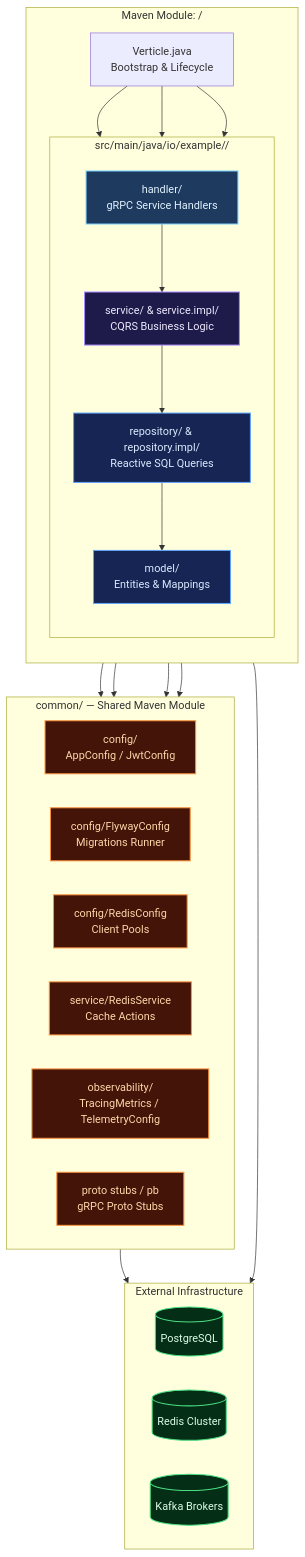
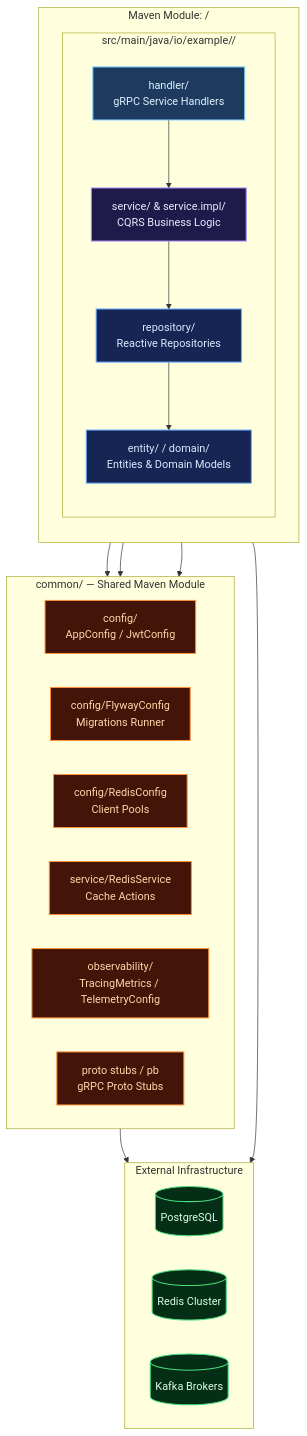
The third of 8 diagrams in README.md (MamangRust/modular-monolith-vertx-payment-gateway), drawn with Mermaid before and after one commit. The commit also changed other lines of this file and 2 other files, not shown here.

Commit message:
docs: update architecture overview and remove Pyroscope reference while refactoring service start-up logging and logic.

````diff
--- a/README.md
+++ b/README.md
@@ -196,53 +256,47 @@
 ```mermaid
 graph TB
     classDef handler fill:#1e3a5f,stroke:#7dd3fc,color:#e0f2fe,stroke-width:1.5px
     classDef service fill:#1e1b4b,stroke:#a78bfa,color:#ede9fe,stroke-width:1.5px
     classDef repo fill:#172554,stroke:#60a5fa,color:#dbeafe,stroke-width:1.5px
     classDef infra fill:#052e16,stroke:#4ade80,color:#dcfce7,stroke-width:1.5px
     classDef shared fill:#431407,stroke:#fb923c,color:#fed7aa,stroke-width:1.5px
 
     subgraph Service["Maven Module: <service-name>/"]
         direction TB
 
-        VERTICLE["<ServiceName>Verticle.java<br/>Bootstrap & Lifecycle"]
-
         subgraph SrcJava["src/main/java/io/example/<service>/"]
             direction TB
             HANDLER["handler/<br/>gRPC Service Handlers"]:::handler
             SVC["service/ & service.impl/<br/>CQRS Business Logic"]:::service
-            REPO["repository/ & repository.impl/<br/>Reactive SQL Queries"]:::repo
-            MODEL["model/<br/>Entities & Mappings"]:::repo
+            REPO["repository/<br/>Reactive Repositories"]:::repo
+            MODEL["entity/ / domain/<br/>Entities & Domain Models"]:::repo
         end
 
-        VERTICLE --> HANDLER
-        VERTICLE --> SVC
-        VERTICLE --> REPO
         HANDLER --> SVC
         SVC --> REPO
         REPO --> MODEL
     end
 
     subgraph SharedLibs["common/ — Shared Maven Module"]
         direction LR
         CONFIG["config/<br/>AppConfig / JwtConfig"]:::shared
         FLYWAY["config/FlywayConfig<br/>Migrations Runner"]:::shared
         REDIS_CFG["config/RedisConfig<br/>Client Pools"]:::shared
         REDIS_SVC["service/RedisService<br/>Cache Actions"]:::shared
         OBS["observability/<br/>TracingMetrics / TelemetryConfig"]:::shared
         PB["proto stubs / pb<br/>gRPC Proto Stubs"]:::shared
     end
 
     subgraph Infrastructure["External Infrastructure"]
         direction LR
         PGDB[("PostgreSQL")]:::infra
         RCLUSTER[("Redis Cluster")]:::infra
         KAFKA[("Kafka Brokers")]:::infra
     end
 
     HANDLER --> PB
     SVC --> REDIS_SVC
     SVC --> OBS
     REPO --> PGDB
     REDIS_SVC --> RCLUSTER
-    VERTICLE --> FLYWAY
 ```
````
